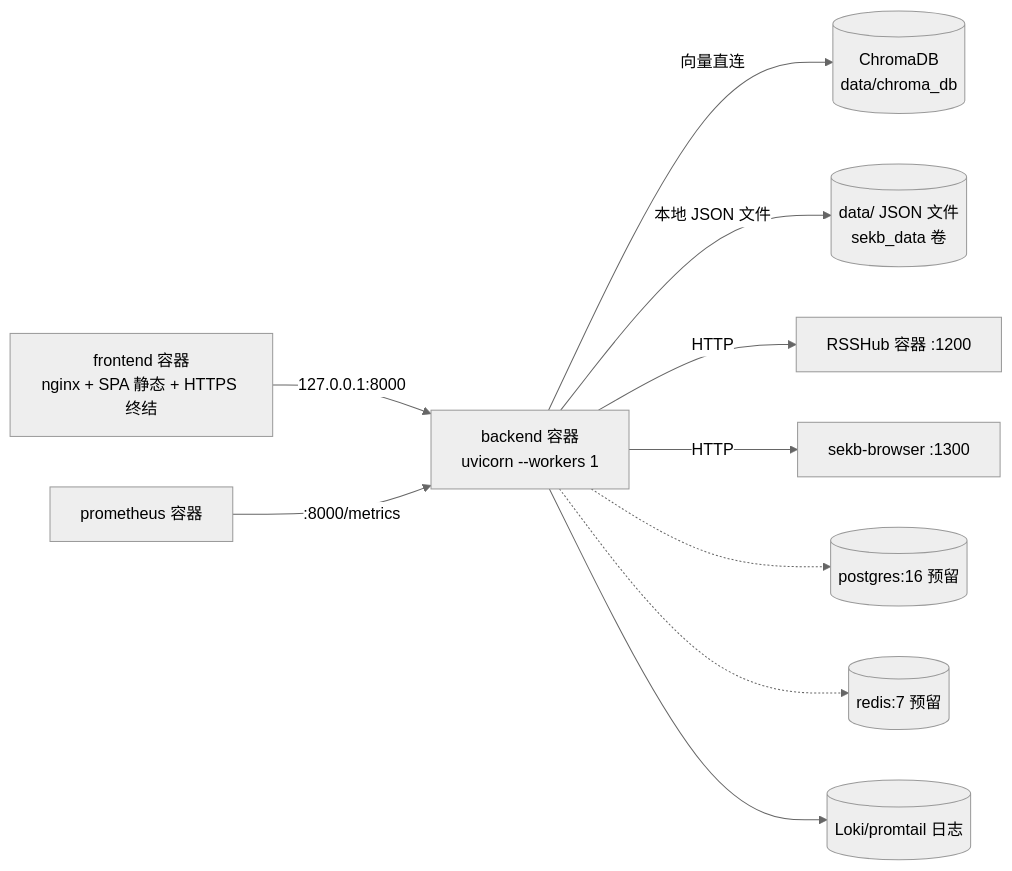
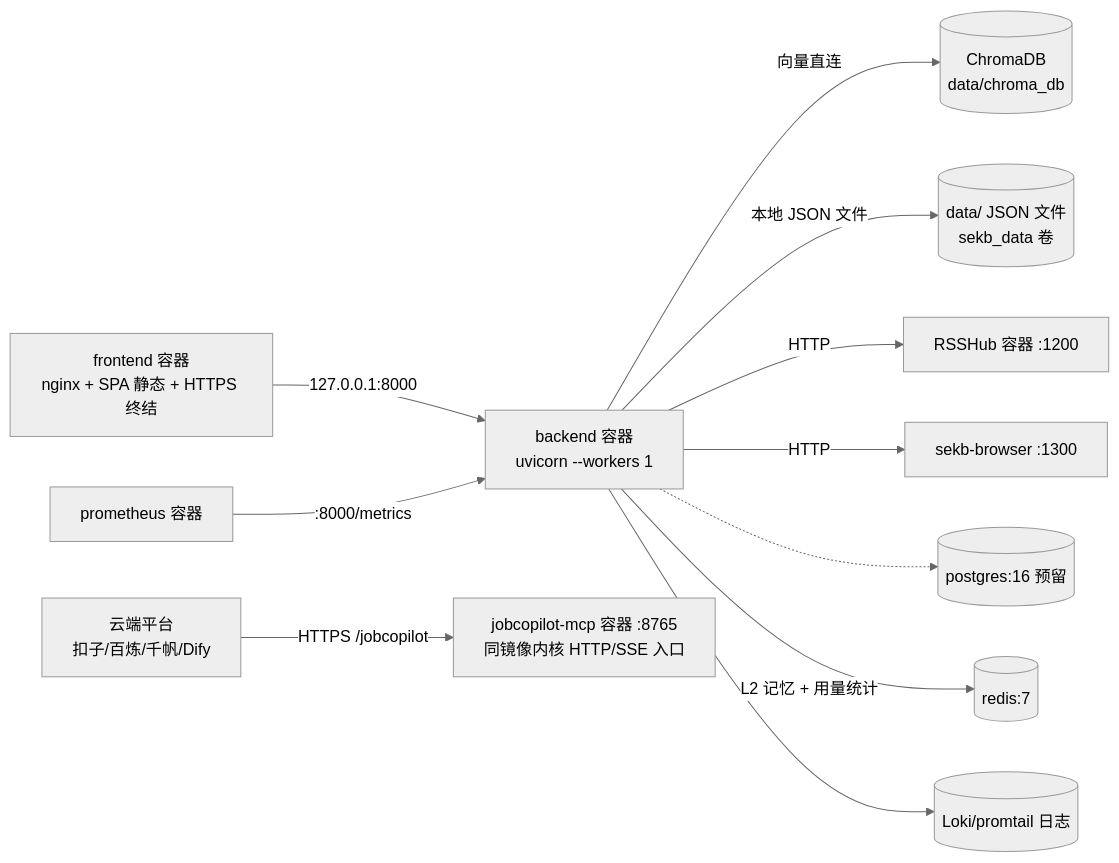
One commit to bozhang1214/SelfEvolvingKnowledgeBase changed the second of 4 diagrams in docs/tech/01-ARCHITECTURE.md. Above: the diagram before and after it, drawn with Mermaid (neutral theme). The commit also changed other lines of this file and 28 other files, not shown here.

````diff
--- a/docs/tech/01-ARCHITECTURE.md
+++ b/docs/tech/01-ARCHITECTURE.md
@@ -58,12 +59,13 @@
 ```mermaid
 flowchart LR
     NGINX[frontend 容器<br/>nginx + SPA 静态 + HTTPS 终结] -->|127.0.0.1:8000| API[backend 容器<br/>uvicorn --workers 1]
     API -->|向量直连| CHROMA[(ChromaDB<br/>data/chroma_db)]
     API -->|本地 JSON 文件| FS[(data/ JSON 文件<br/>sekb_data 卷)]
     API -->|HTTP| RSS[RSSHub 容器 :1200]
     API -->|HTTP| BRW[sekb-browser :1300]
     API -.-> PG[(postgres:16 预留)]
-    API -.-> RD[(redis:7 预留)]
+    API -->|L2 记忆 + 用量统计| RD[(redis:7)]
+    CLOUD[云端平台<br/>扣子/百炼/千帆/Dify] -->|HTTPS /jobcopilot| MCPH[jobcopilot-mcp 容器 :8765<br/>同镜像内核 HTTP/SSE 入口]
     PROM[prometheus 容器] -->|:8000/metrics| API
     API --> LOG[(Loki/promtail 日志)]
 ```
````
